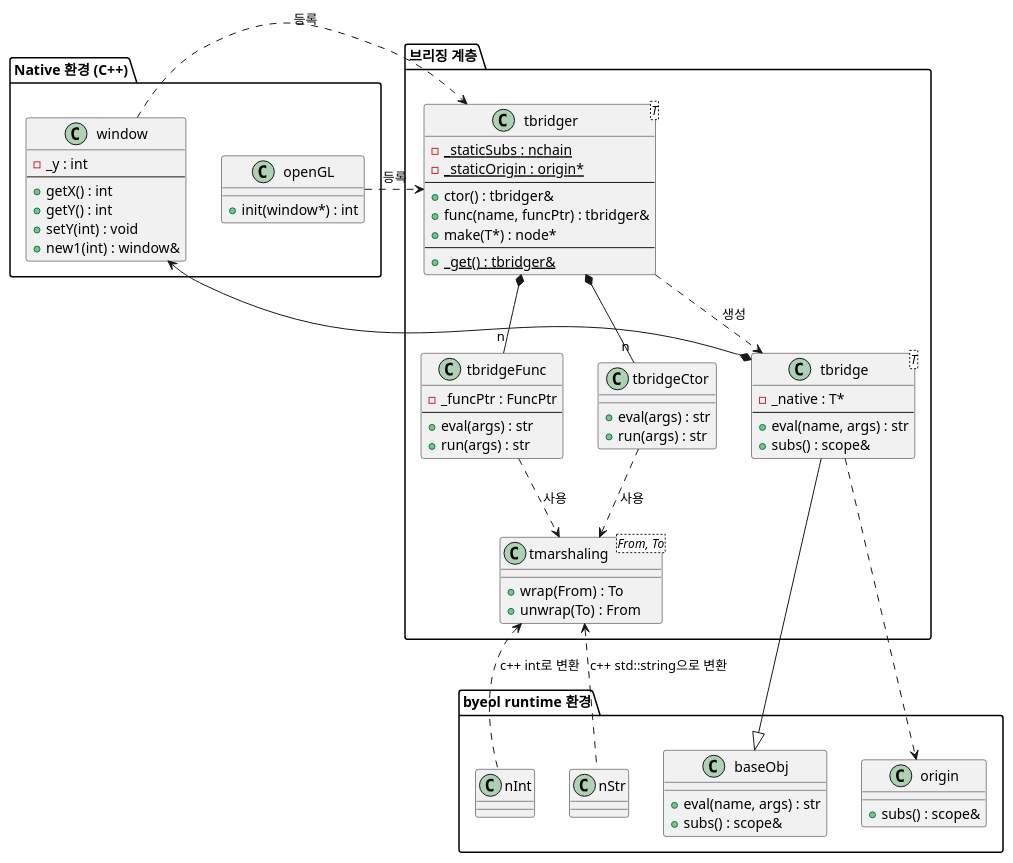
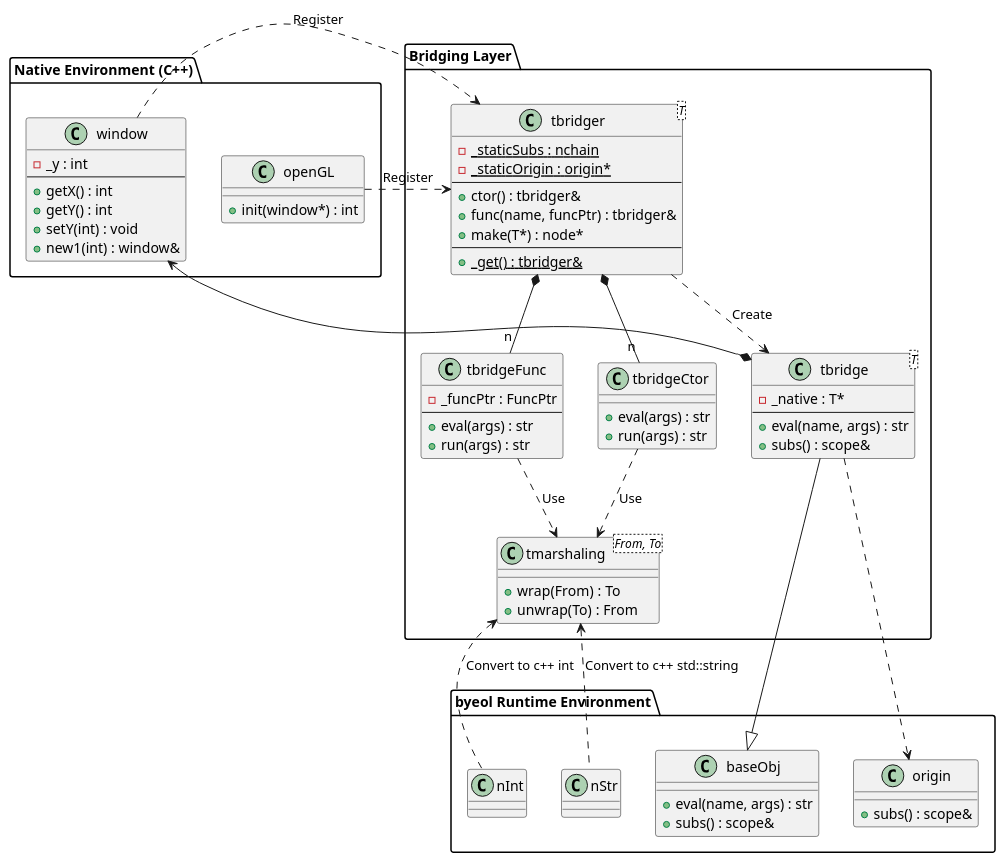
Before and after one commit to byeolang/byeol: the ninth of 19 diagrams in doc/ref/ko/ai-architecture-core.md, drawn with PlantUML. The commit also changed other lines of this file, not shown here.

Commit message:
doc(core): translate english in plantuml to korean

```diff
--- a/doc/ref/ko/ai-architecture-core.md
+++ b/doc/ref/ko/ai-architecture-core.md
@@ -2084,5 +2084,5 @@
 @startuml
-package "Native 환경 (C++)" {
+package "Native Environment (C++)" {
     class "window" as window {
         - _y : int
         ---
@@ -2097,7 +2097,7 @@
     }
 }
 
-package "브리징 계층" {
+package "Bridging Layer" {
     class "tbridger<T>" as tbridger {
         {static} - _staticSubs : nchain
         {static} - _staticOrigin : origin*
@@ -2134,7 +2134,7 @@
     }
 }
 
-package "byeol runtime 환경" {
+package "byeol Runtime Environment" {
     class "baseObj" as baseObj {
         + eval(name, args) : str
         + subs() : scope&
@@ -2148,20 +2148,20 @@
     class "nStr" as nStr
 }
 
-window .right.> tbridger : 등록
-openGL .right.> tbridger : 등록
+window .right.> tbridger : Register
+openGL .right.> tbridger : Register
 
-tbridger ..> tbridge : 생성
+tbridger ..> tbridge : Create
 tbridger *-- "n" tbridgeFunc
 tbridger *-- "n" tbridgeCtor
 
 tbridge --|> baseObj
 tbridge *--> window
-tbridgeFunc ..> tmarshaling : 사용
-tbridgeCtor ..> tmarshaling : 사용
+tbridgeFunc ..> tmarshaling : Use
+tbridgeCtor ..> tmarshaling : Use
 
 tbridge ..> origin
 
-nInt .up.> tmarshaling : c++ int로 변환
-nStr .up.> tmarshaling : c++ std::string으로 변환
+nInt .up.> tmarshaling : Convert to c++ int
+nStr .up.> tmarshaling : Convert to c++ std::string
 @enduml
```
